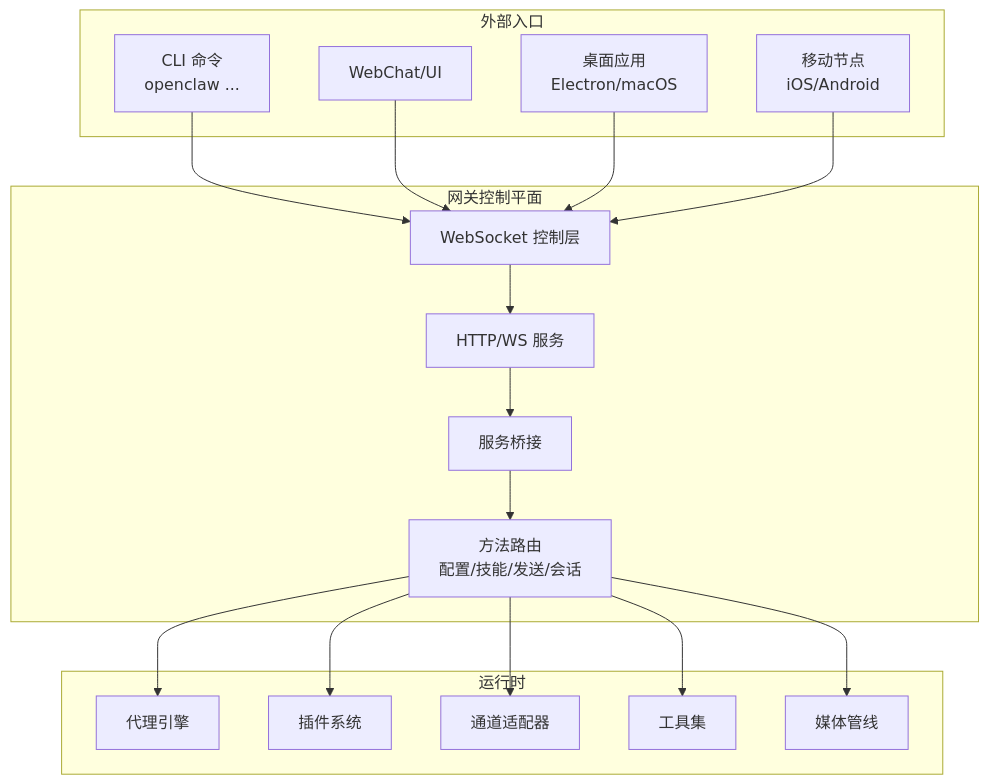
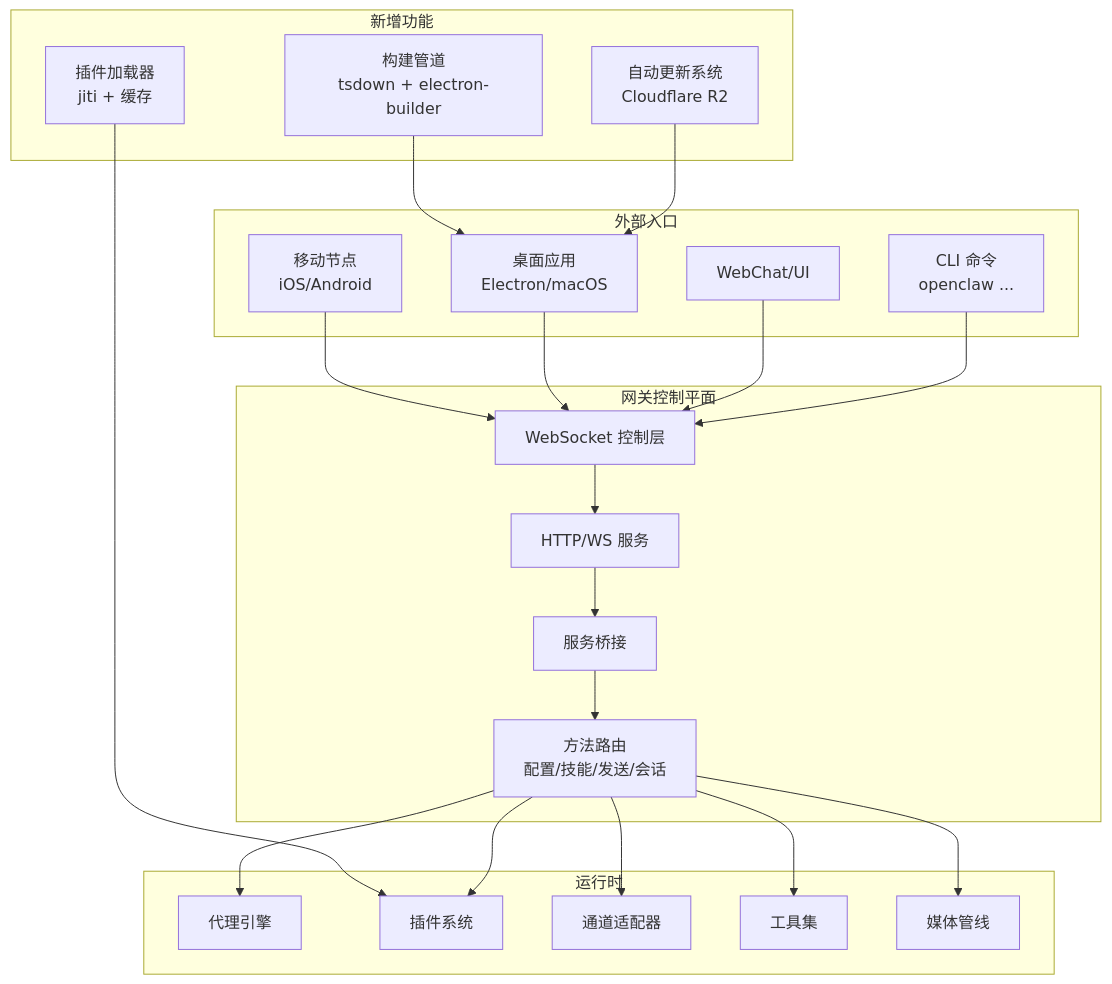
One commit to verse-ai-org/openclaw changed the second of 10 diagrams in .qoder/repowiki/zh/content/开发者指南/开发者指南.md. Above: the diagram before and after it, drawn with Mermaid. The commit also changed other lines of this file and 23 other files, not shown here.

Commit message:
feat(electron): auto upgreade

````diff
--- a/.qoder/repowiki/zh/content/开发者指南/开发者指南.md
+++ b/.qoder/repowiki/zh/content/开发者指南/开发者指南.md
@@ -140,34 +190,42 @@
 ```mermaid
 graph TB
 subgraph "外部入口"
 CLI["CLI 命令<br/>openclaw ..."]
 WEB["WebChat/UI"]
 DESK["桌面应用<br/>Electron/macOS"]
 MOBILE["移动节点<br/>iOS/Android"]
 end
 subgraph "网关控制平面"
 GW_WS["WebSocket 控制层"]
 GW_SERVER["HTTP/WS 服务"]
 GW_BRIDGE["服务桥接"]
 GW_METHODS["方法路由<br/>配置/技能/发送/会话"]
 end
 subgraph "运行时"
 AGENTS["代理引擎"]
 PLUGINS["插件系统"]
 CHANNELS["通道适配器"]
 TOOLS["工具集"]
 MEDIA["媒体管线"]
 end
+subgraph "新增功能"
+AUTO["自动更新系统<br/>Cloudflare R2"]
+BUILD["构建管道<br/>tsdown + electron-builder"]
+PLUGIN["插件加载器<br/>jiti + 缓存"]
+end
 CLI --> GW_WS
 WEB --> GW_WS
 DESK --> GW_WS
 MOBILE --> GW_WS
 GW_WS --> GW_SERVER
 GW_SERVER --> GW_BRIDGE
 GW_BRIDGE --> GW_METHODS
 GW_METHODS --> AGENTS
 GW_METHODS --> PLUGINS
 GW_METHODS --> CHANNELS
 GW_METHODS --> TOOLS
 GW_METHODS --> MEDIA
+AUTO --> DESK
+BUILD --> DESK
+PLUGIN --> PLUGINS
 ```
````
